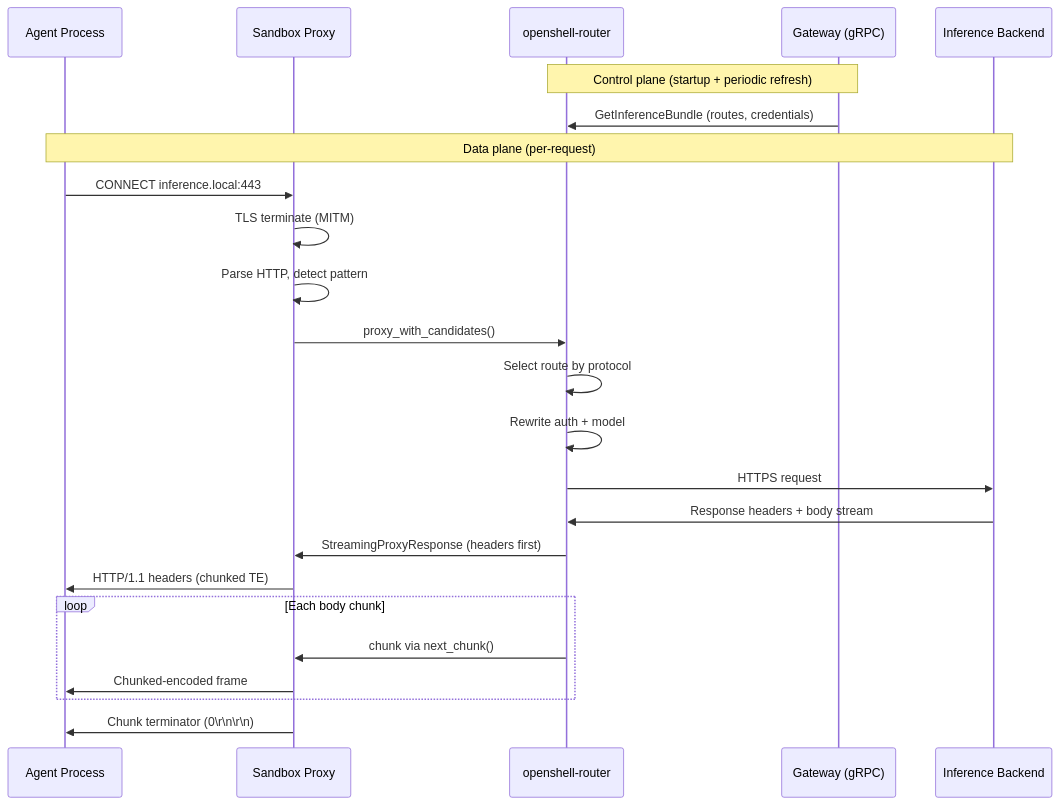
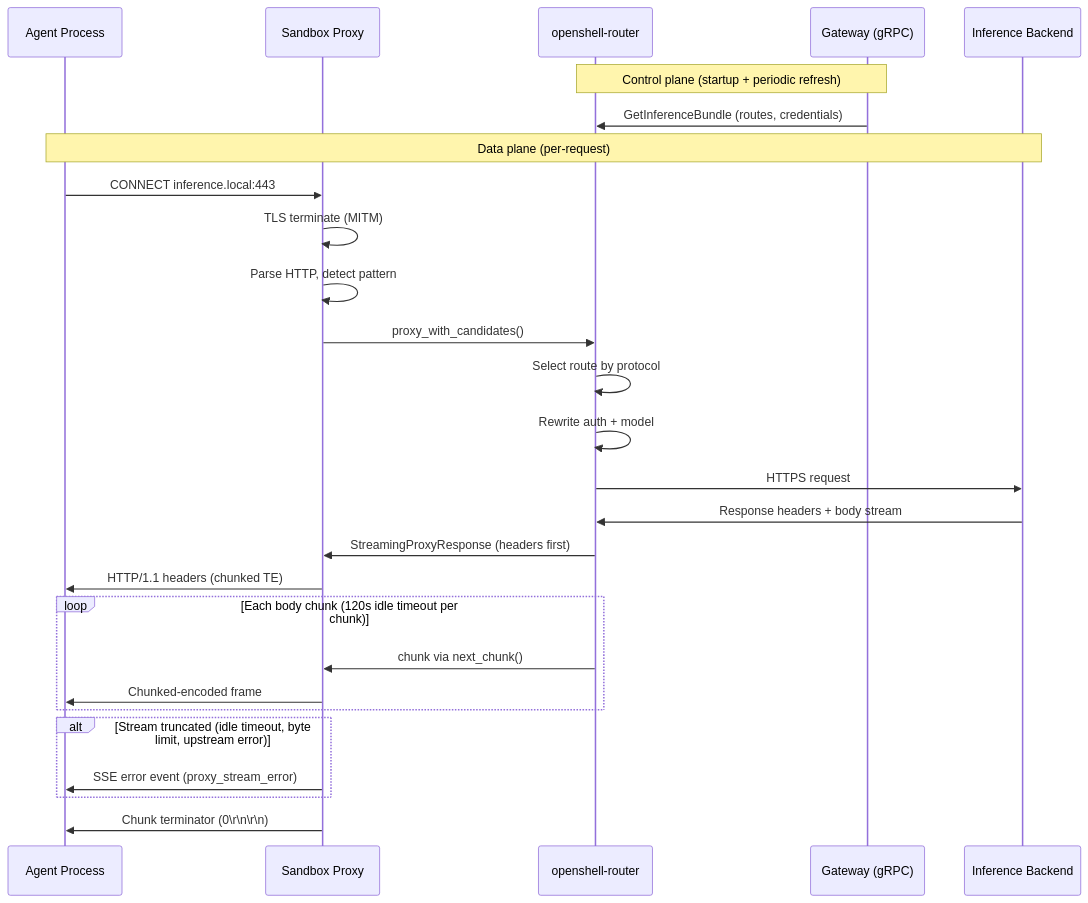
One commit to st-gr/OpenShell changed the diagram in architecture/inference-routing.md. Above: the diagram before and after it, drawn with Mermaid. The commit also changed other lines of this file and 5 other files, not shown here.

````diff
--- a/architecture/inference-routing.md
+++ b/architecture/inference-routing.md
@@ -9,28 +9,31 @@
 ```mermaid
 sequenceDiagram
     participant Agent as Agent Process
     participant Proxy as Sandbox Proxy
     participant Router as openshell-router
     participant Gateway as Gateway (gRPC)
     participant Backend as Inference Backend
 
     Note over Gateway,Router: Control plane (startup + periodic refresh)
     Gateway->>Router: GetInferenceBundle (routes, credentials)
 
     Note over Agent,Backend: Data plane (per-request)
     Agent->>Proxy: CONNECT inference.local:443
     Proxy->>Proxy: TLS terminate (MITM)
     Proxy->>Proxy: Parse HTTP, detect pattern
     Proxy->>Router: proxy_with_candidates()
     Router->>Router: Select route by protocol
     Router->>Router: Rewrite auth + model
     Router->>Backend: HTTPS request
     Backend->>Router: Response headers + body stream
     Router->>Proxy: StreamingProxyResponse (headers first)
     Proxy->>Agent: HTTP/1.1 headers (chunked TE)
-    loop Each body chunk
+    loop Each body chunk (120s idle timeout per chunk)
         Router->>Proxy: chunk via next_chunk()
         Proxy->>Agent: Chunked-encoded frame
     end
+    alt Stream truncated (idle timeout, byte limit, upstream error)
+        Proxy->>Agent: SSE error event (proxy_stream_error)
+    end
     Proxy->>Agent: Chunk terminator (0\r\n\r\n)
 ```
````
